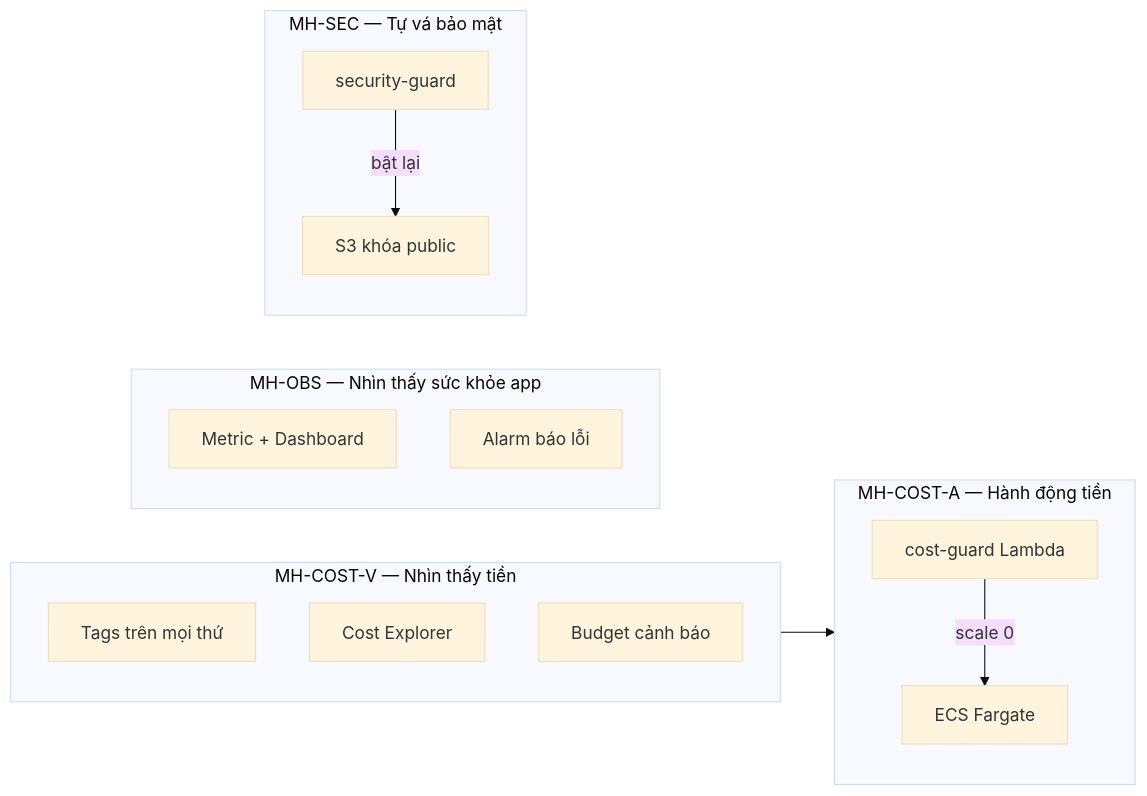
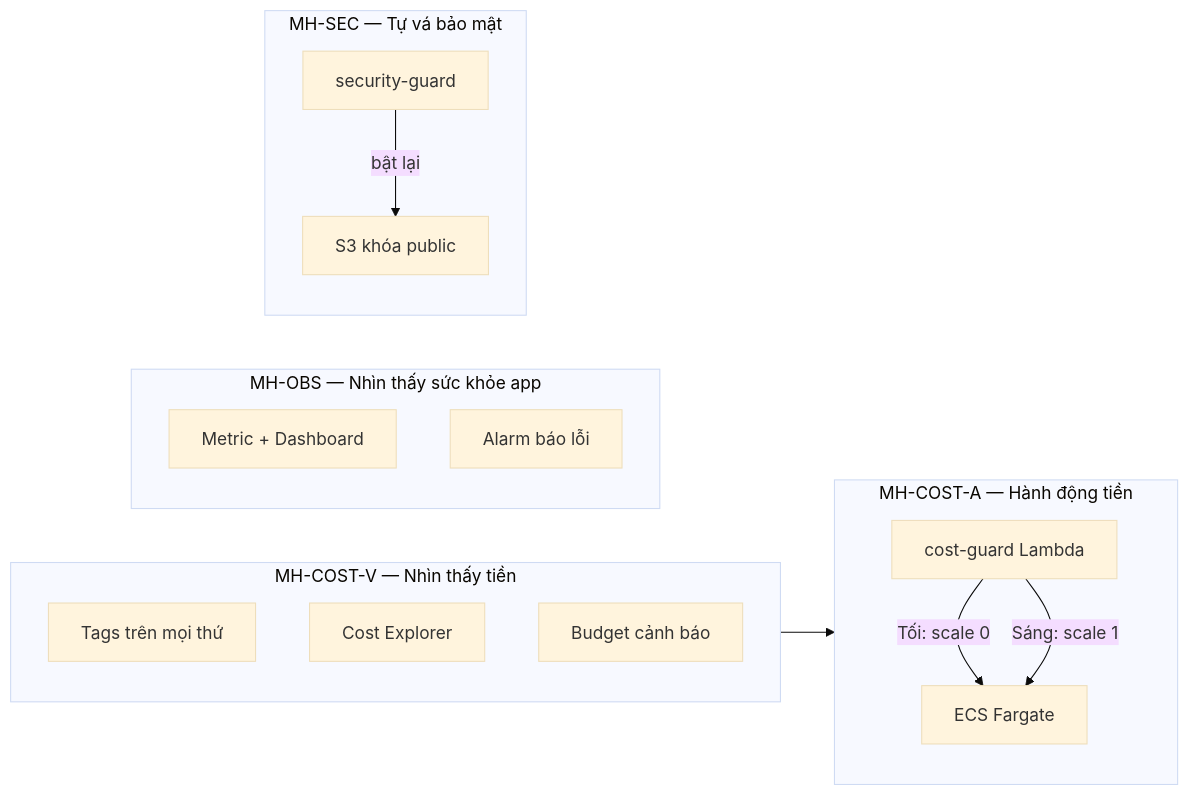
Before and after one commit to KickLabs/Kicks-Shoes: the diagram in docs/guide/week6/w6_foundations.md, drawn with Mermaid (base theme). The commit also changed other lines of this file and 49 other files, not shown here.

````diff
--- a/docs/guide/week6/w6_foundations.md
+++ b/docs/guide/week6/w6_foundations.md
@@ -46,21 +46,22 @@
 ```mermaid
 flowchart LR
     subgraph V["MH-COST-V — Nhìn thấy tiền"]
         T[Tags trên mọi thứ]
         CE[Cost Explorer]
         B[Budget cảnh báo]
     end
     subgraph A["MH-COST-A — Hành động tiền"]
         L[cost-guard Lambda]
-        L -->|scale 0| ECS[ECS Fargate]
+        L -->|Tối: scale 0| ECS[ECS Fargate]
+        L -->|Sáng: scale 1| ECS
     end
     subgraph O["MH-OBS — Nhìn thấy sức khỏe app"]
         M[Metric + Dashboard]
         AL[Alarm báo lỗi]
     end
     subgraph S["MH-SEC — Tự vá bảo mật"]
         SG[security-guard]
         SG -->|bật lại| S3[S3 khóa public]
     end
     V --> A
 ```
````
